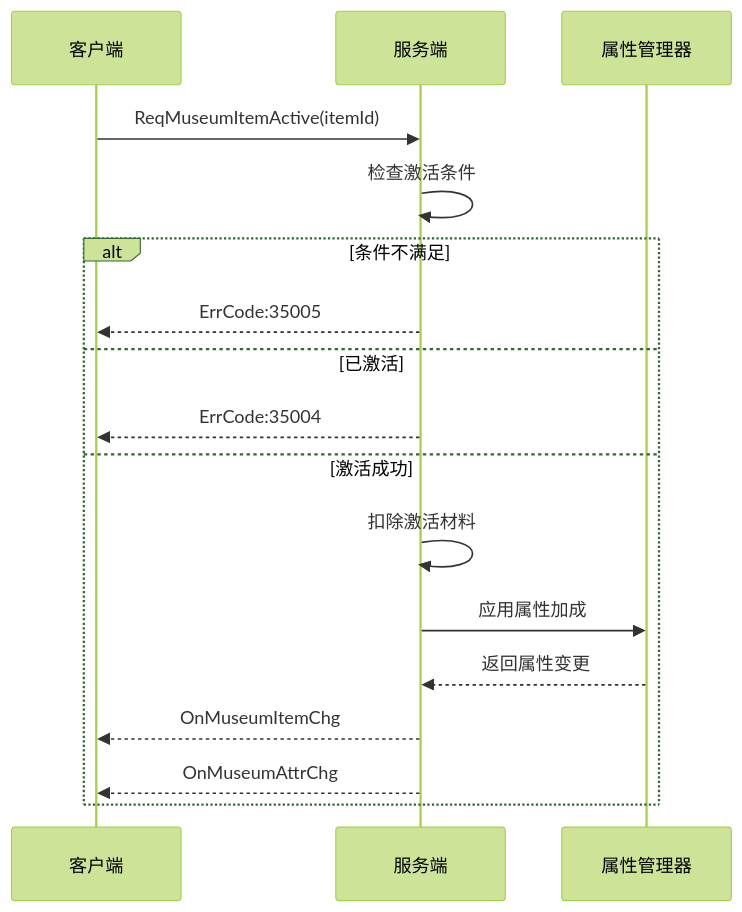
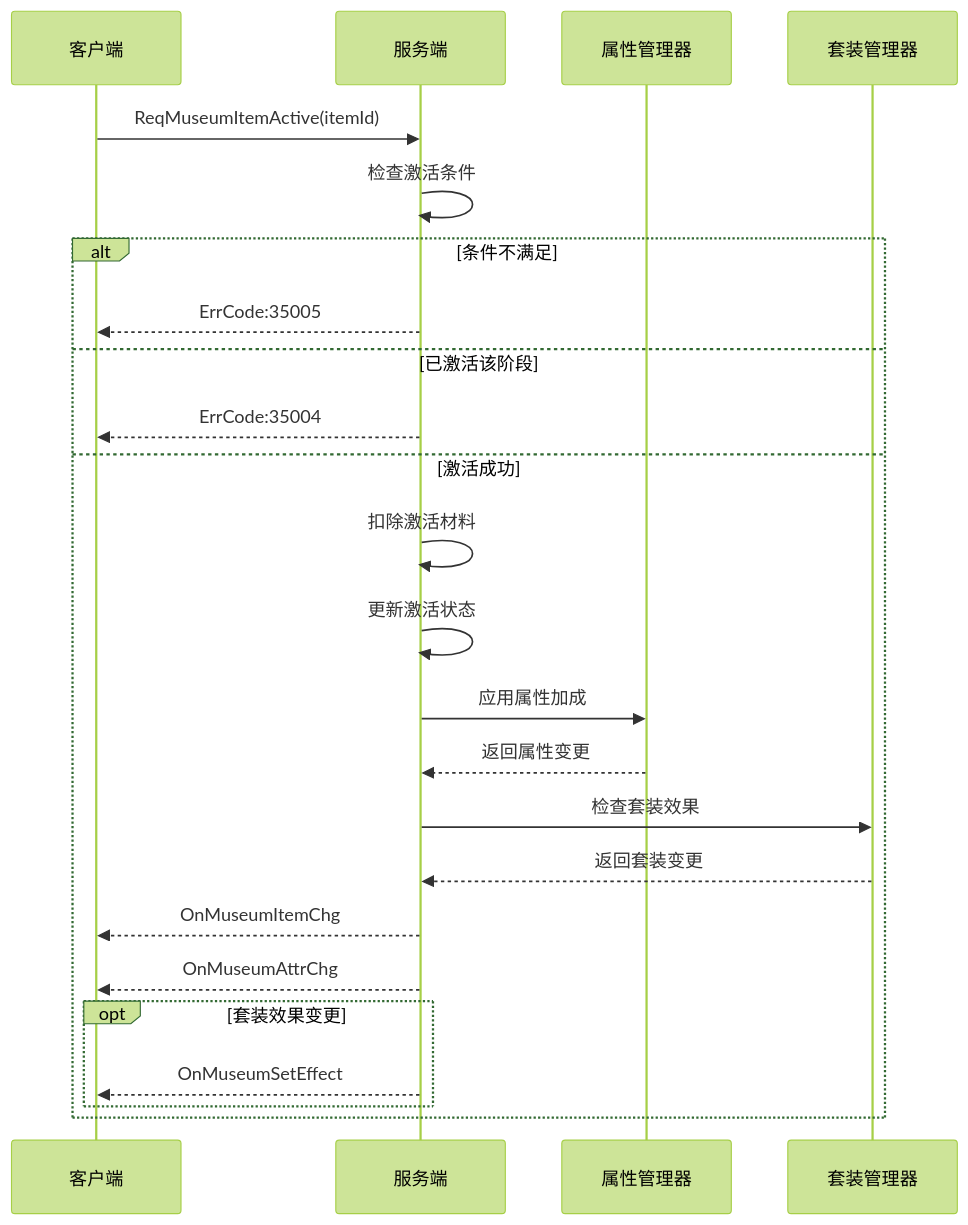
The third of 12 diagrams in docs/Module_Museum/02_协议文档.md (Alan-Ben/k2c_game_framework), drawn with Mermaid (forest theme) before and after one commit. The commit also changed other lines of this file and 5 other files, not shown here.

````diff
--- a/docs/Module_Museum/02_协议文档.md
+++ b/docs/Module_Museum/02_协议文档.md
@@ -223,21 +292,28 @@
 ```mermaid
 sequenceDiagram
     participant Client as 客户端
     participant Server as 服务端
     participant AttrMgr as 属性管理器
-    
+    participant SetMgr as 套装管理器
+
     Client->>Server: ReqMuseumItemActive(itemId)
     Server->>Server: 检查激活条件
-    
+
     alt 条件不满足
         Server-->>Client: ErrCode:35005
-    else 已激活
+    else 已激活该阶段
         Server-->>Client: ErrCode:35004
     else 激活成功
         Server->>Server: 扣除激活材料
+        Server->>Server: 更新激活状态
         Server->>AttrMgr: 应用属性加成
         AttrMgr-->>Server: 返回属性变更
+        Server->>SetMgr: 检查套装效果
+        SetMgr-->>Server: 返回套装变更
         Server-->>Client: OnMuseumItemChg
         Server-->>Client: OnMuseumAttrChg
+        opt 套装效果变更
+            Server-->>Client: OnMuseumSetEffect
+        end
     end
 ```
````
